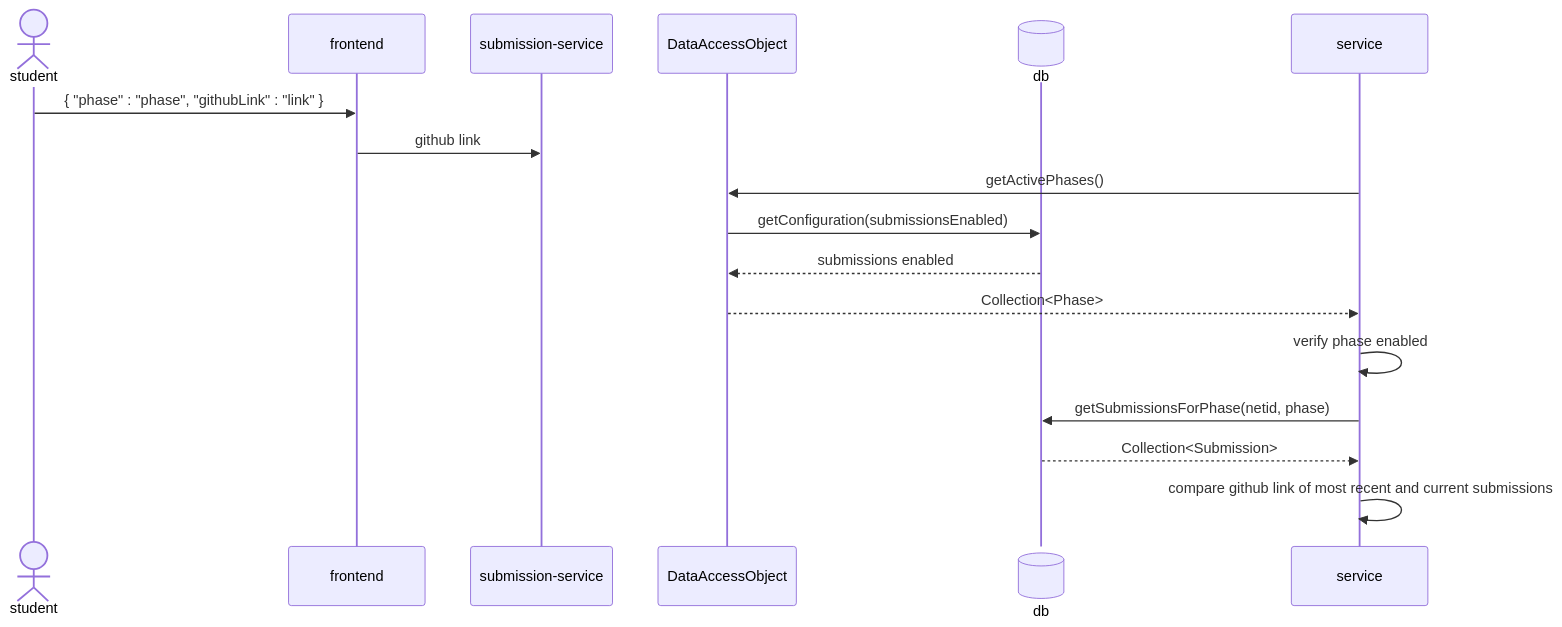
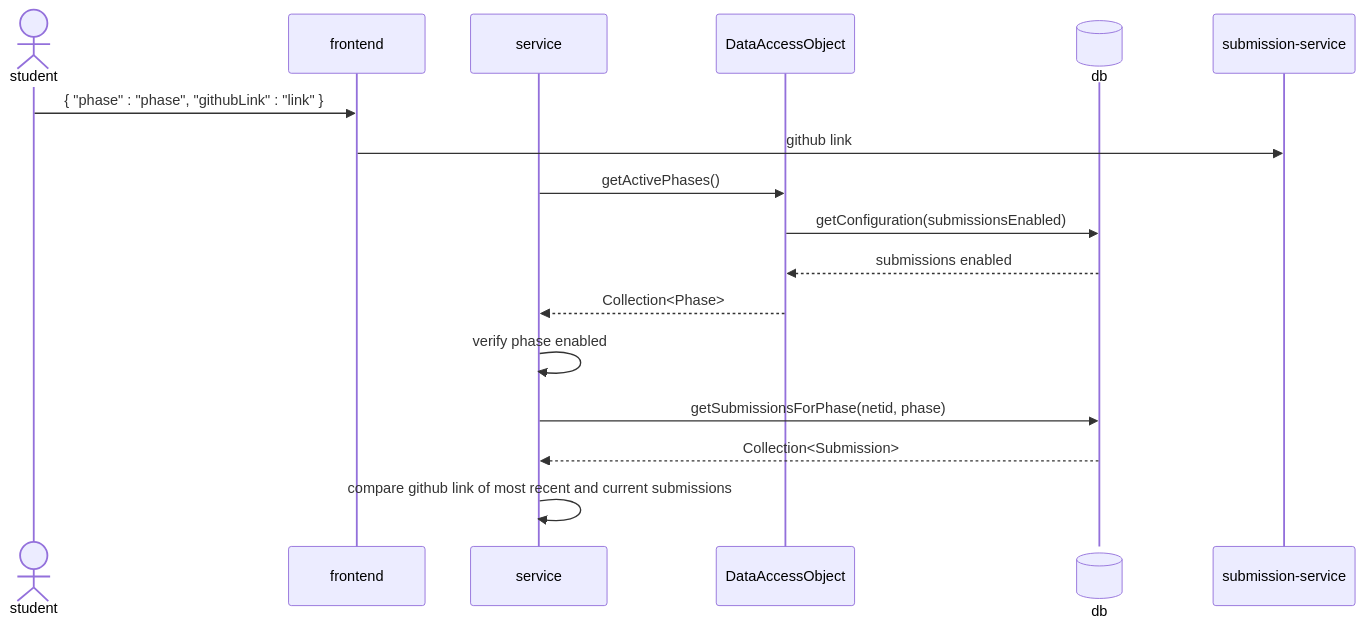
Before and after one commit to softwareconstruction240/autograder: the diagram in docs/overall-grading-flow.md, drawn with Mermaid.

Commit message:
fix participant service

````diff
--- a/docs/overall-grading-flow.md
+++ b/docs/overall-grading-flow.md
@@ -14,19 +14,19 @@
 ```mermaid
 sequenceDiagram
     actor student
     participant frontend
-    participant submission-service
+    participant service
     participant dao as DataAccessObject
     participant db@{ "type" : "database" }
     student->>frontend: { "phase" : "phase", "githubLink" : "link" }
     frontend->>submission-service: github link
     service->>dao:getActivePhases()
     dao->>db:getConfiguration(submissionsEnabled)
     db-->>dao:submissions enabled
     dao-->>service:Collection<Phase>
     service->>service: verify phase enabled
     
     service->>db:getSubmissionsForPhase(netid, phase)
     db-->>service:Collection<Submission>
     service->>service: compare github link of most recent and current submissions
 ```
````
